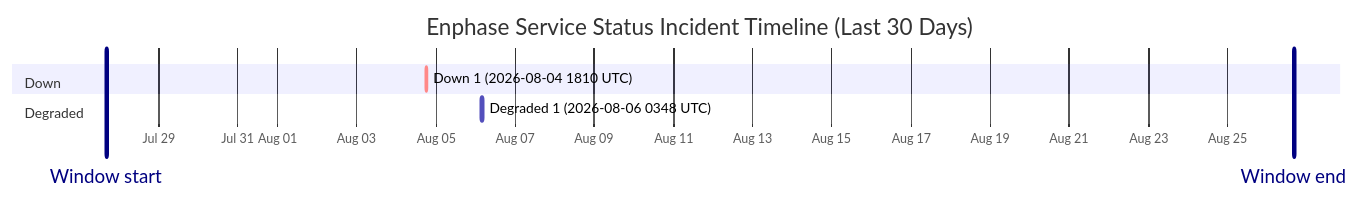
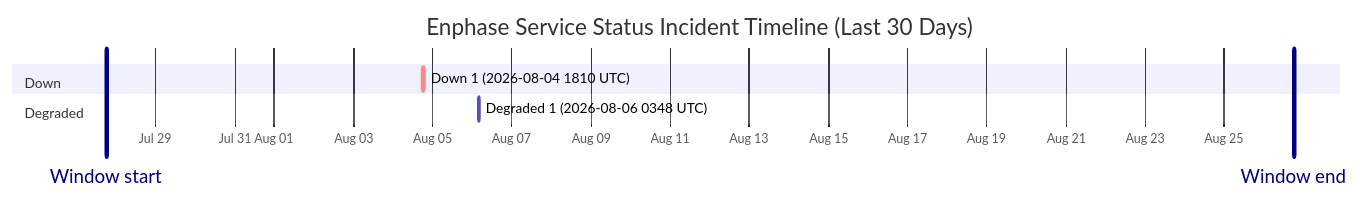
One commit to barneyonline/ha-enphase-energy changed the diagram in wiki/Service-Status-History.md. Above: the diagram before and after it, drawn with Mermaid. The commit also changed other lines of this file and 3 other files, not shown here.

````diff
--- a/wiki/Service-Status-History.md
+++ b/wiki/Service-Status-History.md
@@ -14,12 +14,12 @@
 ```mermaid
 gantt
     title Enphase Service Status Incident Timeline (Last 30 Days)
     dateFormat  YYYY-MM-DDTHH:mm:ss
     axisFormat  %b %d
-    Window start :vert, window-start, 2026-07-27T16:16:03, 0ms
-    Window end :vert, window-end, 2026-08-26T16:16:03, 0ms
+    Window start :vert, window-start, 2026-07-27T18:14:43, 0ms
+    Window end :vert, window-end, 2026-08-26T18:14:43, 0ms
     section Down
     Down 1 (2026-08-04 1810 UTC) :crit, down-1, 2026-08-04T18:10:46, 60m
     section Degraded
     Degraded 1 (2026-08-06 0348 UTC) :active, degraded-1, 2026-08-06T03:48:14, 60m
 ```
````
